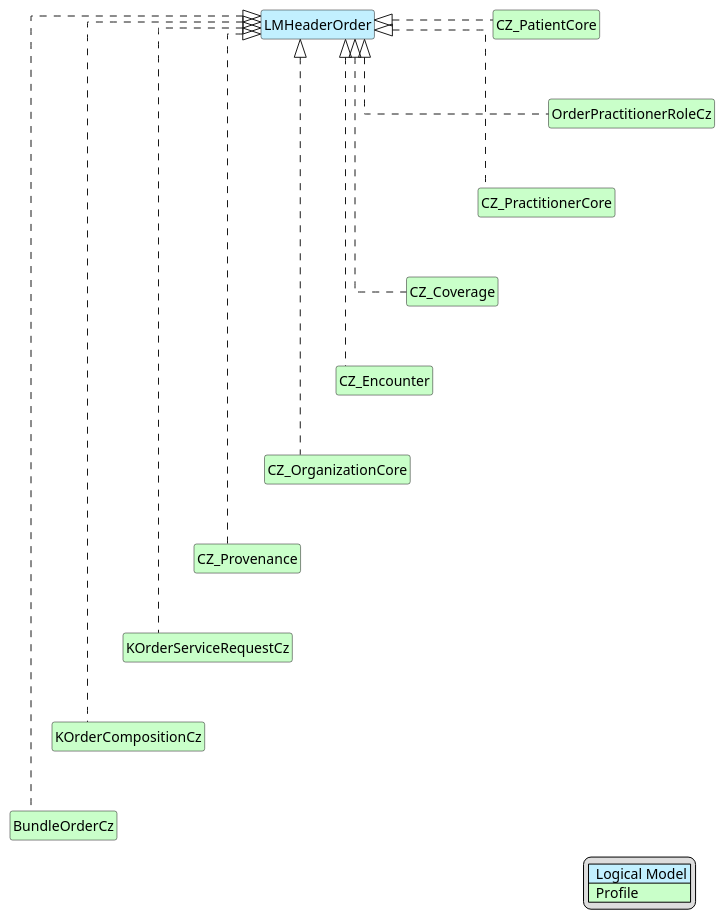
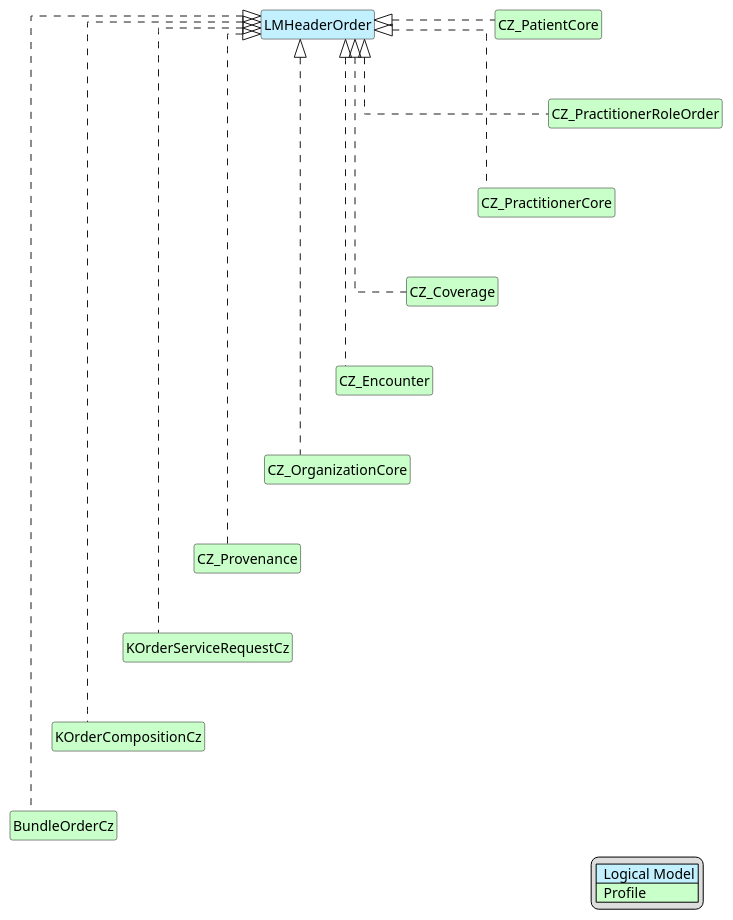
Before and after one commit to HL7-cz/k-order: the diagram in input/images-source/K-Header-map.plantuml, drawn with PlantUML. The commit also changed 12 other files, not shown here.

Commit message:
Změna mapování CZ_PractitionerRoleCore u žadatele (autora) na CZ_PractitionerRoleOrder

```diff
--- a/input/images-source/K-Header-map.plantuml
+++ b/input/images-source/K-Header-map.plantuml
@@ -1,61 +1,61 @@
 @startuml
 
 hide circle
 hide stereotype
 hide members
 hide methods
 
 skinparam linetype ortho
 
 skinparam class {
 BackgroundColor<<LogicalModel>> #APPLICATION
 BackgroundColor<<Profile>> #TECHNOLOGY
 }
 
 legend right
 | <#APPLICATION>  Logical Model |
 | <#TECHNOLOGY>  Profile |
 endlegend
 
 class "LMHeaderOrder" <<LogicalModel>> [[StructureDefinition-LMHeaderOrder.html]]
 
 class "CZ_PatientCore" <<Profile>> [[https://hl7.cz/fhir/core/StructureDefinition-cz-patient-core.html]]
 "LMHeaderOrder" <|. "CZ_PatientCore"
 
-class "OrderPractitionerRoleCz" <<Profile>> [[StructureDefinition-OrderPractitionerRoleCz.html]]
-"LMHeaderOrder" <|. "OrderPractitionerRoleCz"
-"CZ_PatientCore" -d[hidden]-> "OrderPractitionerRoleCz"
+class "CZ_PractitionerRoleOrder" <<Profile>> [[https://hl7.cz/fhir/core/StructureDefinition-CZ_PractitionerRoleOrder.html]]
+"LMHeaderOrder" <|. "CZ_PractitionerRoleOrder"
+"CZ_PatientCore" -d[hidden]-> "CZ_PractitionerRoleOrder"
 
 class "CZ_PractitionerCore" <<Profile>> [[https://hl7.cz/fhir/core/StructureDefinition-cz-practitioner-core.html]]
 "LMHeaderOrder" <|. "CZ_PractitionerCore"
-"OrderPractitionerRoleCz" -d[hidden]-> "CZ_PractitionerCore"
+"CZ_PractitionerRoleOrder" -d[hidden]-> "CZ_PractitionerCore"
 
 class "CZ_Coverage" <<Profile>> [[https://hl7.cz/fhir/core/StructureDefinition-cz-coverage.html]]
 "LMHeaderOrder" <|. "CZ_Coverage"
 "CZ_PractitionerCore" -d[hidden]-> "CZ_Coverage"
 
 class "CZ_Encounter" <<Profile>> [[https://hl7.cz/fhir/core/StructureDefinition-cz-encounter-core.html]]
 "LMHeaderOrder" <|. "CZ_Encounter"
 "CZ_Coverage" -d[hidden]-> "CZ_Encounter"
 
 class "CZ_OrganizationCore" <<Profile>> [[https://hl7.cz/fhir/core/StructureDefinition-cz-organization-core.html]]
 "LMHeaderOrder" <|. "CZ_OrganizationCore"
 "CZ_Encounter" -d[hidden]-> "CZ_OrganizationCore"
 
 class "CZ_Provenance" <<Profile>> [[https://hl7.cz/fhir/core/StructureDefinition-cz-provenance.html]]
 "LMHeaderOrder" <|. "CZ_Provenance"
 "CZ_OrganizationCore" -d[hidden]-> "CZ_Provenance"
 
 class "KOrderServiceRequestCz" <<Profile>> [[StructureDefinition-KOrderServiceRequestCz.html]]
 "LMHeaderOrder" <|. "KOrderServiceRequestCz"
 "CZ_Provenance" -d[hidden]-> "KOrderServiceRequestCz"
 
 class "KOrderCompositionCz" <<Profile>> [[StructureDefinition-KOrderCompositionCz.html]]
 "LMHeaderOrder" <|. "KOrderCompositionCz"
 "KOrderServiceRequestCz" -d[hidden]-> "KOrderCompositionCz"
 
 class "BundleOrderCz" <<Profile>> [[StructureDefinition-BundleOrderCz.html]]
 "LMHeaderOrder" <|. "BundleOrderCz"
 "KOrderCompositionCz" -d[hidden]-> "BundleOrderCz"
 
 @enduml
```
